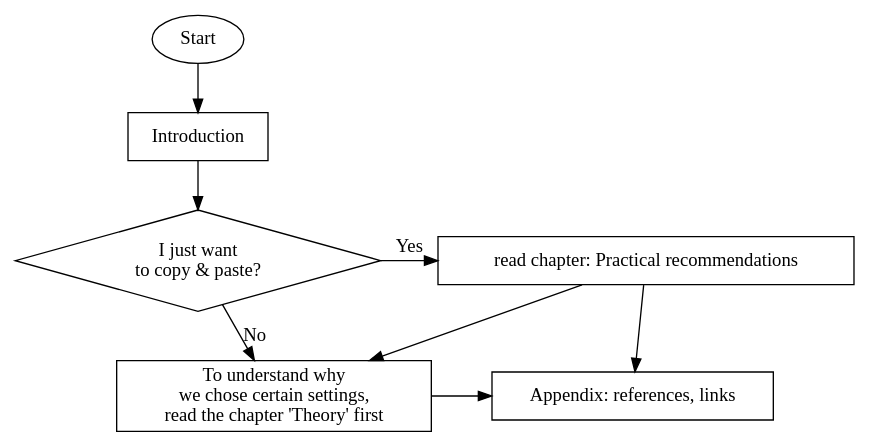
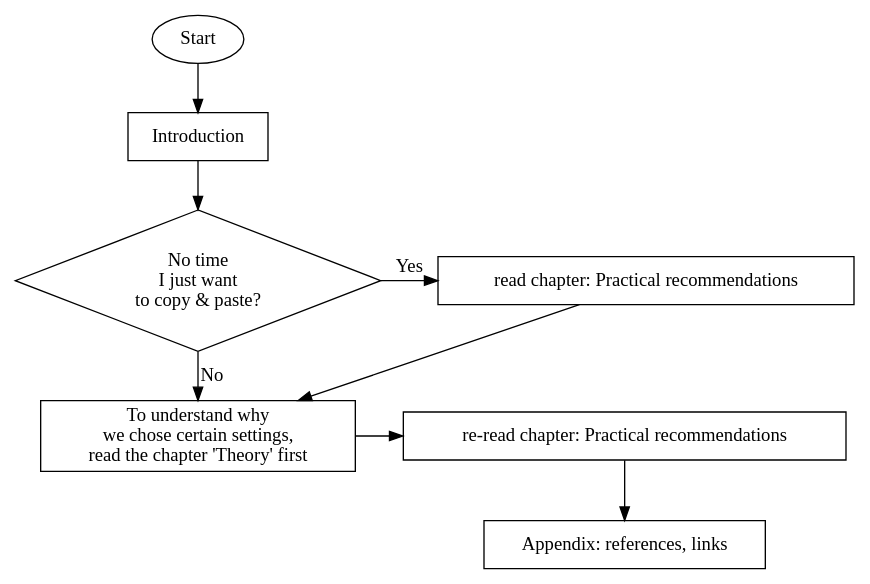
Before and after one commit to BetterCrypto/Applied-Crypto-Hardening: the diagram in src/img/howtoread.dot, drawn with Graphviz. The commit also changed 3 other files, not shown here.

Commit message:
correct the flow diagram

```diff
--- a/src/img/howtoread.dot
+++ b/src/img/howtoread.dot
@@ -1,24 +1,29 @@
 digraph {
+//ranksep=".9 equally";
+//rankdir="LR";
 start [label="Start"];
 
 start -> intro; 
 
 intro [shape=box, label="Introduction"];
 intro -> decision;
 
-decision [shape=diamond, label="I just want\nto copy & paste?"];
+decision [shape=diamond, label="No time\nI just want\nto copy & paste?"];
 Practical [shape=box, label="read chapter: Practical recommendations"];
+Practical2 [shape=box, label="re-read chapter: Practical recommendations"];
 Theory [shape=box, label="To understand why\nwe chose certain settings,\n read the chapter 'Theory' first"];
 
 decision -> Practical [label="Yes", labelfloat="Yes", labeldistance=2];
 decision -> Theory [label="No", labelfloat="Yes", labeldistance=2];
-Theory -> Appendix;
-Practical -> Appendix;
+Theory -> Practical2;
+//Practical -> Appendix;
 Practical -> Theory [constraint=false];
+Practical2 -> Appendix;
 
 Appendix [shape=box, label="Appendix: references, links"]
 
 { rank=same; decision; Practical }
-{ rank=max; Theory; Appendix }
+{ rank=same; Theory; Practical2 }
+//{ rank=max; Theory; Appendix }
 
 }
```
